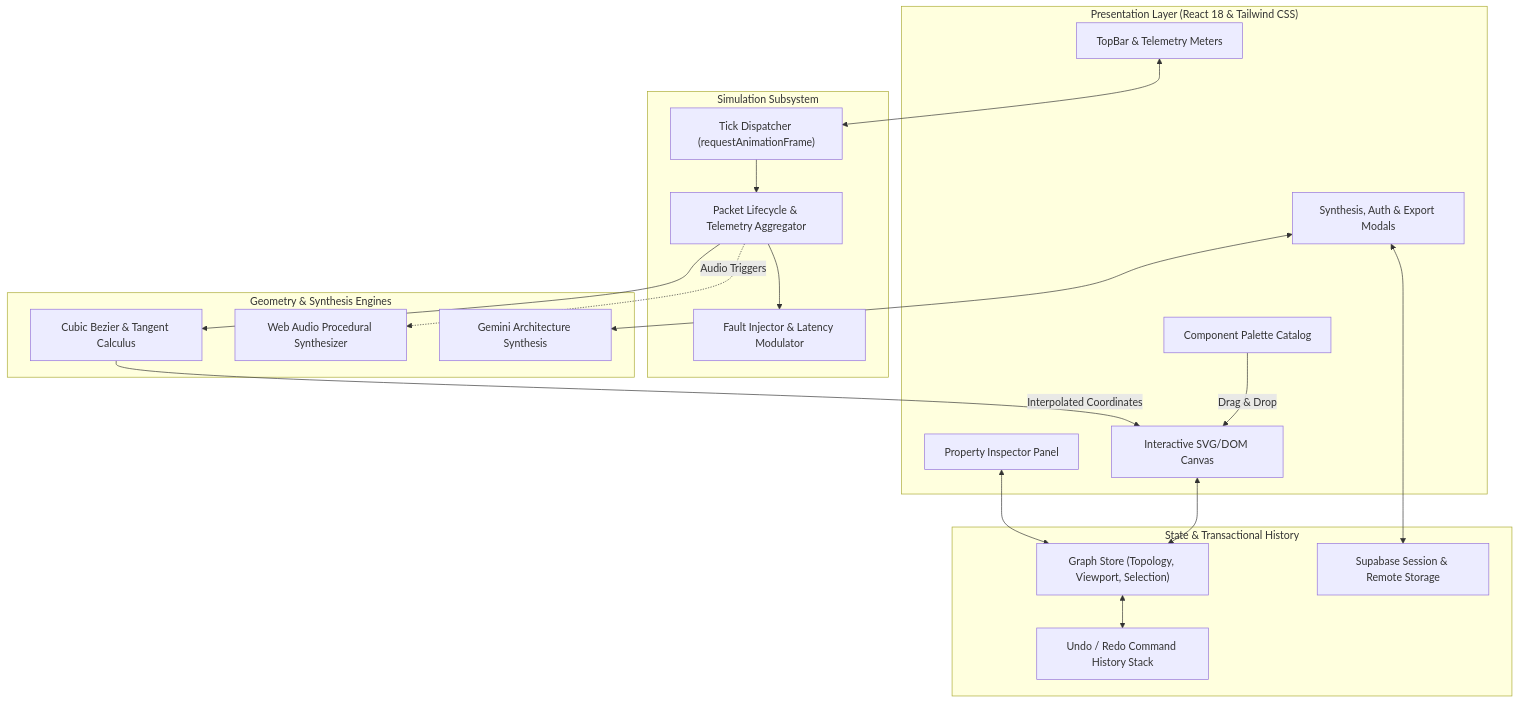
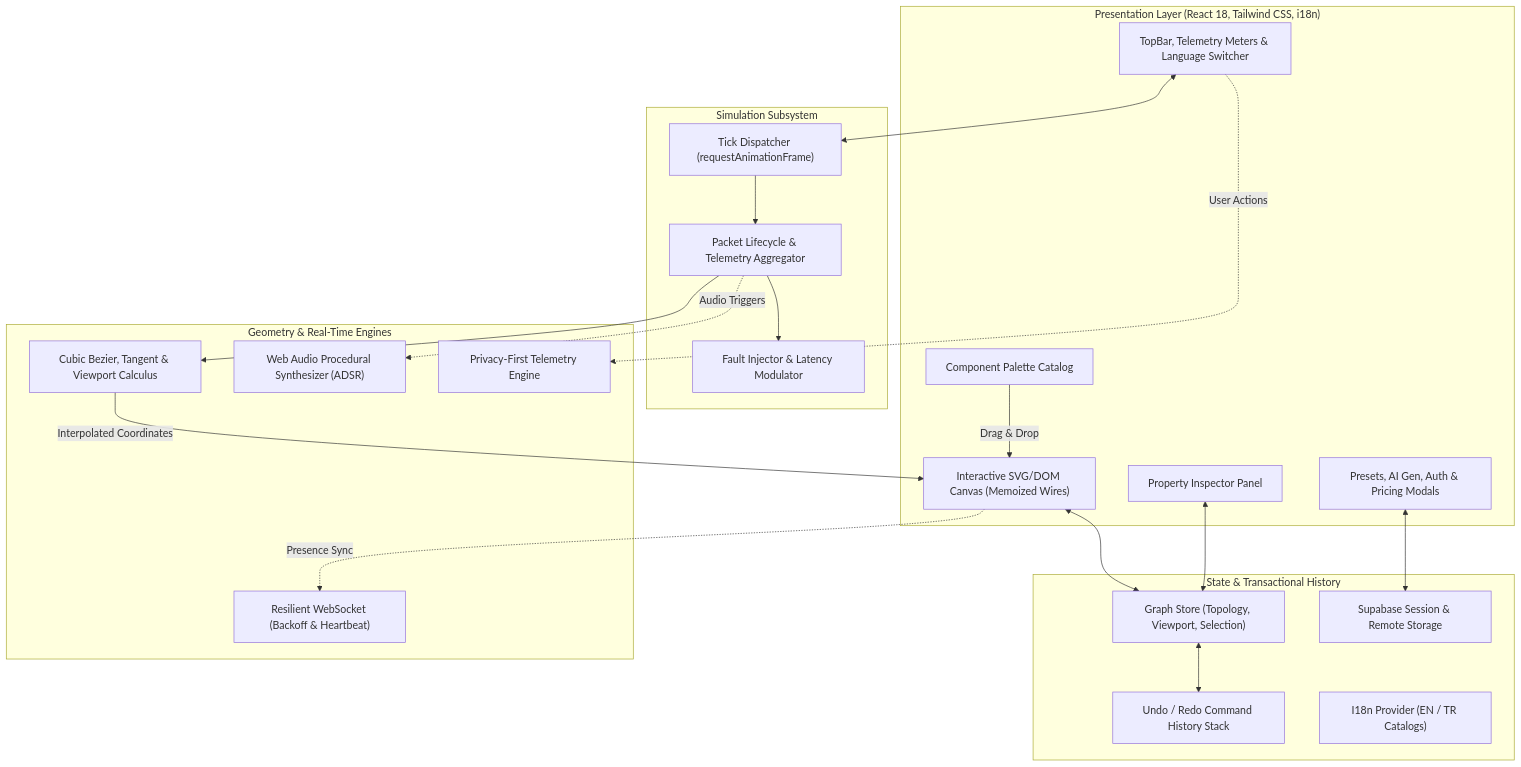
One commit to Hanubaki/GraphFlow changed the diagram in README.md. Above: the diagram before and after it, drawn with Mermaid. The commit also changed other lines of this file and 2 other files, not shown here.

Commit message:
feat(realtime-docs): implement ResilientSocket manager with exponential backoff and update README to Tier-1 engineering standards

````diff
--- a/README.md
+++ b/README.md
@@ -73,41 +97,44 @@
 ```mermaid
 flowchart TD
-    subgraph Presentation ["Presentation Layer (React 18 & Tailwind CSS)"]
-        TopBar["TopBar & Telemetry Meters"]
+    subgraph Presentation ["Presentation Layer (React 18, Tailwind CSS, i18n)"]
+        TopBar["TopBar, Telemetry Meters & Language Switcher"]
         NodePalette["Component Palette Catalog"]
-        Canvas["Interactive SVG/DOM Canvas"]
+        Canvas["Interactive SVG/DOM Canvas (Memoized Wires)"]
         Inspector["Property Inspector Panel"]
-        Modals["Synthesis, Auth & Export Modals"]
+        Modals["Presets, AI Gen, Auth & Pricing Modals"]
     end
 
     subgraph StateManagement ["State & Transactional History"]
         GraphStore["Graph Store (Topology, Viewport, Selection)"]
         History["Undo / Redo Command History Stack"]
+        I18nStore["I18n Provider (EN / TR Catalogs)"]
         AuthContext["Supabase Session & Remote Storage"]
     end
 
     subgraph SimulationSubsystem ["Simulation Subsystem"]
         SimLoop["Tick Dispatcher (requestAnimationFrame)"]
         PacketManager["Packet Lifecycle & Telemetry Aggregator"]
         ChaosEngine["Fault Injector & Latency Modulator"]
     end
 
-    subgraph GeometryAndAudio ["Geometry & Synthesis Engines"]
-        BezierEngine["Cubic Bezier & Tangent Calculus"]
-        AudioSynth["Web Audio Procedural Synthesizer"]
-        AiEngine["Gemini Architecture Synthesis"]
+    subgraph GeometryAndAudio ["Geometry & Real-Time Engines"]
+        BezierEngine["Cubic Bezier, Tangent & Viewport Calculus"]
+        AudioSynth["Web Audio Procedural Synthesizer (ADSR)"]
+        RealtimeSocket["Resilient WebSocket (Backoff & Heartbeat)"]
+        TelemetryService["Privacy-First Telemetry Engine"]
     end
 
     NodePalette -->|Drag & Drop| Canvas
     Canvas <--> GraphStore
     GraphStore <--> History
     Inspector <--> GraphStore
     TopBar <--> SimLoop
     SimLoop --> PacketManager
     PacketManager --> ChaosEngine
     PacketManager --> BezierEngine
     BezierEngine -->|Interpolated Coordinates| Canvas
     PacketManager -.->|Audio Triggers| AudioSynth
-    Modals <--> AiEngine
+    TopBar -.->|User Actions| TelemetryService
     Modals <--> AuthContext
+    Canvas -.->|Presence Sync| RealtimeSocket
 ```
````
